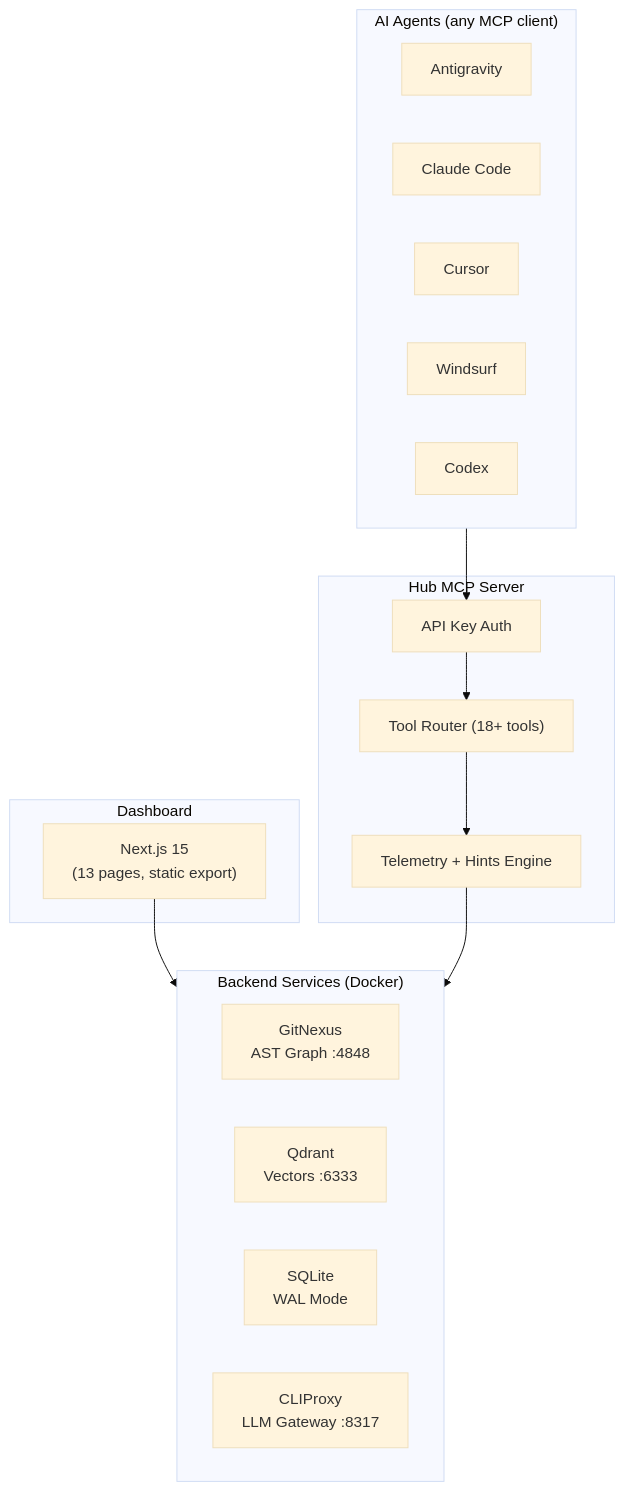
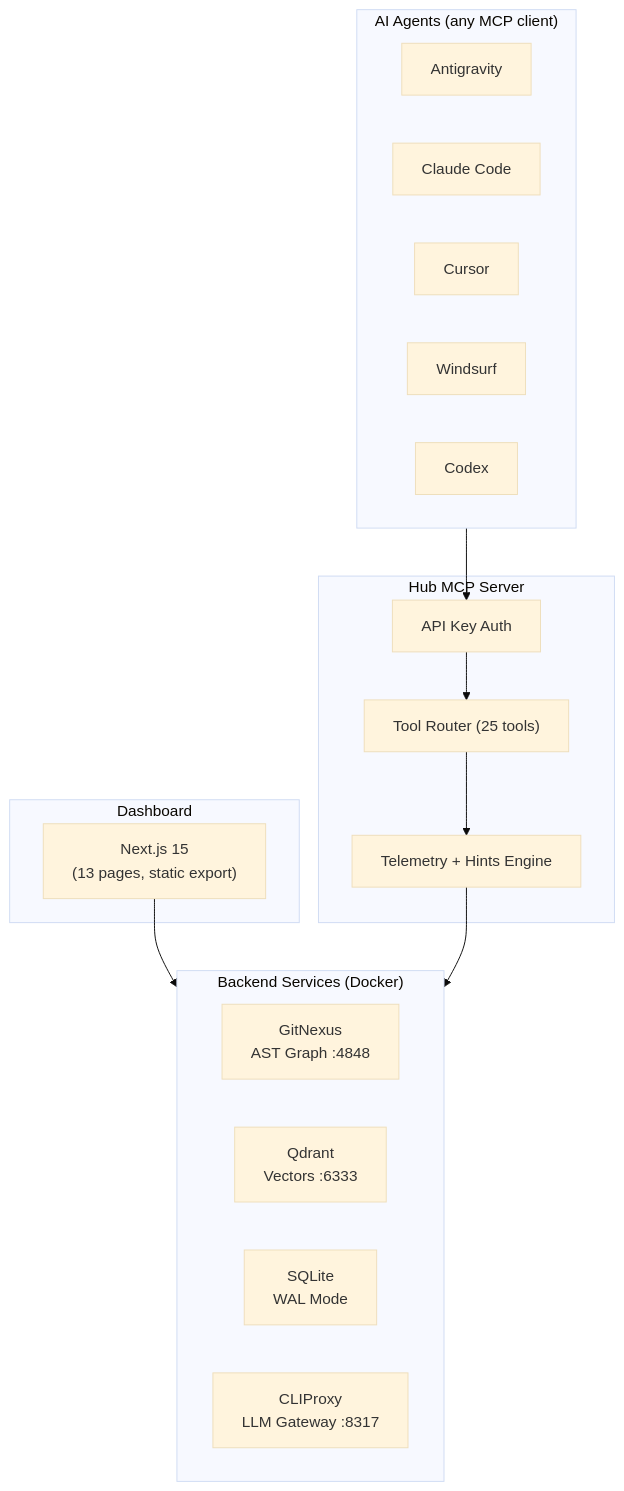
Before and after one commit to lktiep/cortex-hub: the diagram in README.md, drawn with Mermaid (base theme). The commit also changed other lines of this file and 16 other files, not shown here.

````diff
--- a/README.md
+++ b/README.md
@@ -249,32 +249,32 @@
 ```mermaid
 graph TB
     subgraph Agents["AI Agents (any MCP client)"]
         AG["Antigravity"]
         CC["Claude Code"]
         CU["Cursor"]
         WS["Windsurf"]
         CX["Codex"]
     end
 
     subgraph Gateway["Hub MCP Server"]
         AUTH["API Key Auth"]
-        ROUTER["Tool Router (18+ tools)"]
+        ROUTER["Tool Router (25 tools)"]
         TEL["Telemetry + Hints Engine"]
     end
 
     subgraph Services["Backend Services (Docker)"]
         direction LR
         GN["GitNexus<br/>AST Graph :4848"]
         QD["Qdrant<br/>Vectors :6333"]
         DB["SQLite<br/>WAL Mode"]
         CLIP["CLIProxy<br/>LLM Gateway :8317"]
     end
 
     subgraph Frontend["Dashboard"]
         DASH["Next.js 15<br/>(13 pages, static export)"]
     end
 
     Agents --> AUTH --> ROUTER --> TEL
     TEL --> Services
     DASH --> DB
 ```
````
